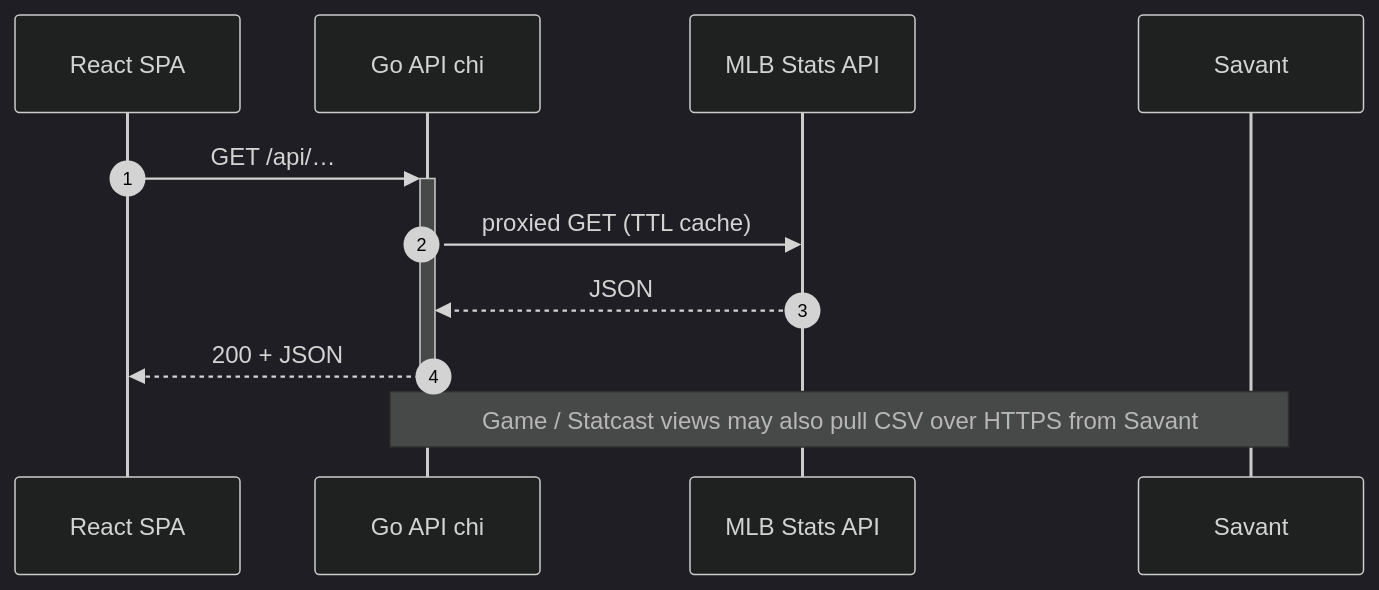
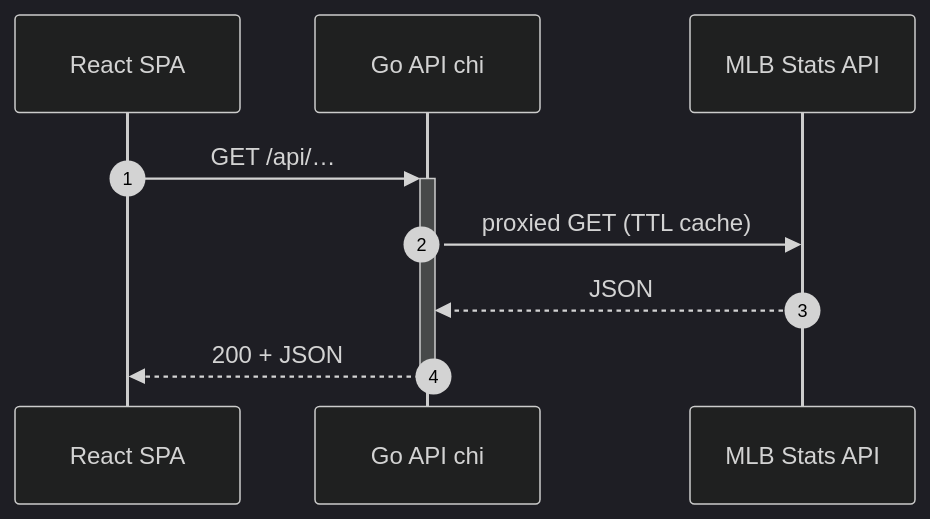
The second of 5 diagrams in README.md (danibsheehan/caught-looking), drawn with Mermaid before and after one commit. The commit also changed other lines of this file, not shown here.

First line of the commit message:
Clarify Architecture for MLB vs Savant request paths. (#158)

````diff
--- a/README.md
+++ b/README.md
@@ -76,14 +84,12 @@
 ```mermaid
 %%{init: {'theme':'dark'}}%%
 sequenceDiagram
     autonumber
     participant SPA as React SPA
     participant API as Go API chi
     participant MLB as MLB Stats API
-    participant SV as Savant
     SPA->>+API: GET /api/…
     API->>MLB: proxied GET (TTL cache)
     MLB-->>API: JSON
     API-->>-SPA: 200 + JSON
-    Note over API, SV: Game / Statcast views may also pull CSV over HTTPS from Savant
 ```
````
